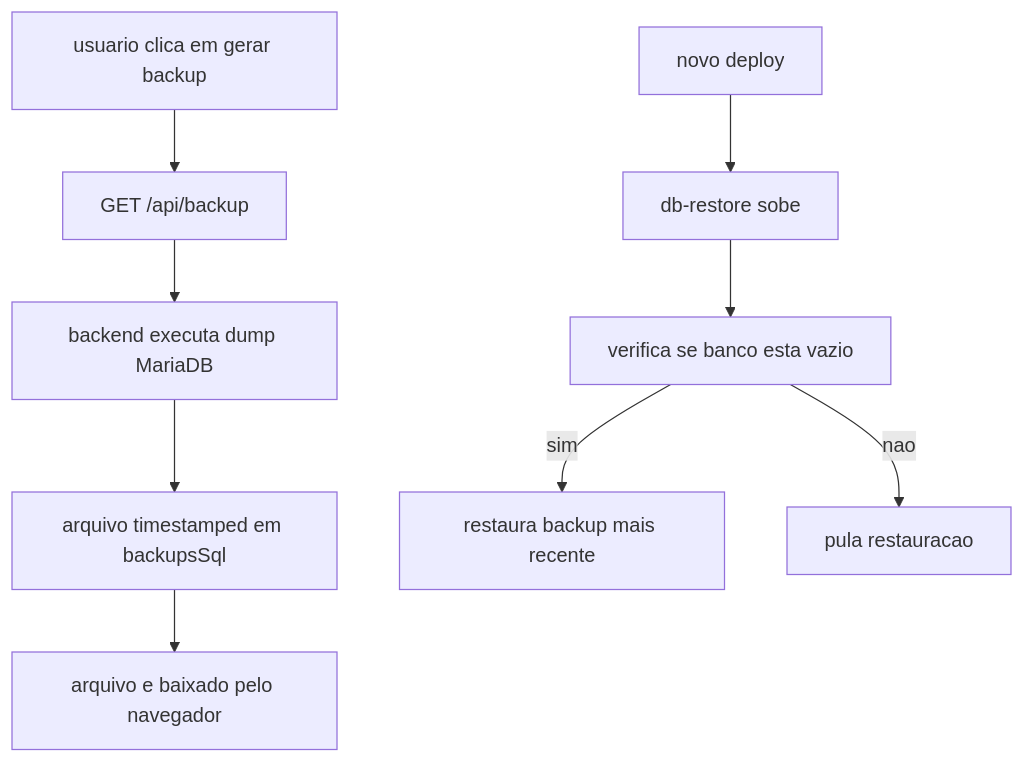
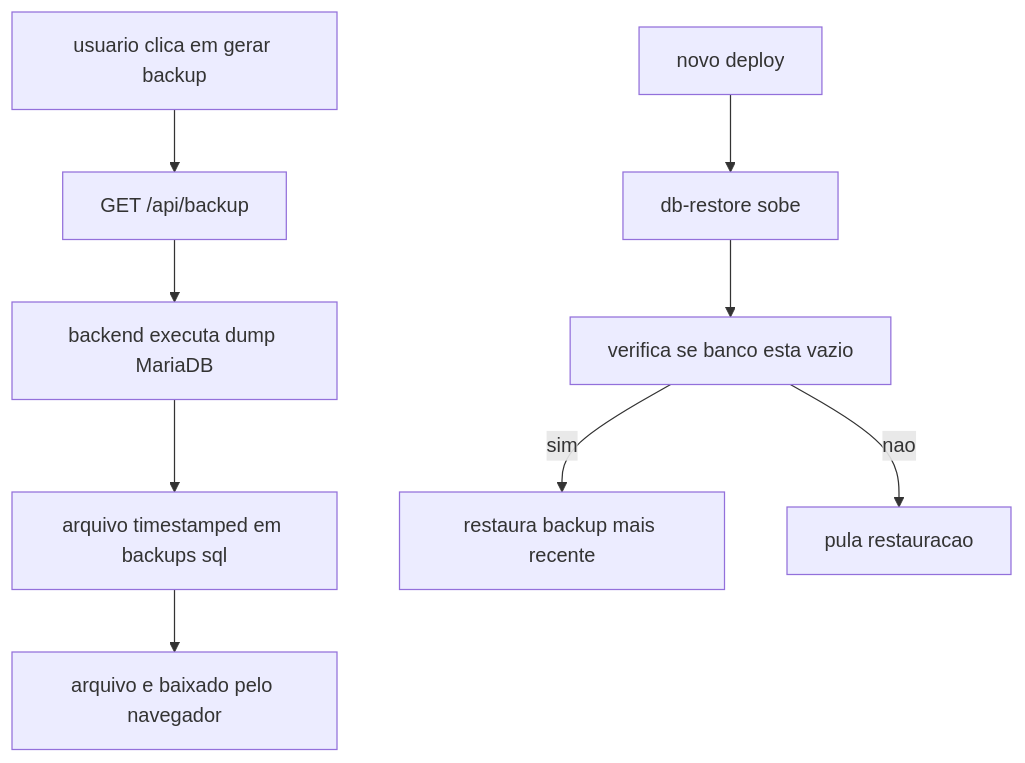
One commit to renansc/NanotechSoft changed the eighth of 9 diagrams in apps/riob/source/docs/ARQUITETURA_SISTEMA.md. Above: the diagram before and after it, drawn with Mermaid. The commit also changed other lines of this file and 188 other files, not shown here.

````diff
--- a/apps/riob/source/docs/ARQUITETURA_SISTEMA.md
+++ b/apps/riob/source/docs/ARQUITETURA_SISTEMA.md
@@ -745,12 +691,12 @@
 ```mermaid
 flowchart TD
     A[usuario clica em gerar backup] --> B[GET /api/backup]
     B --> C[backend executa dump MariaDB]
-    C --> D[arquivo timestamped em backupsSql]
+    C --> D[arquivo timestamped em backups sql]
     D --> E[arquivo e baixado pelo navegador]
 
     F[novo deploy] --> G[db-restore sobe]
     G --> H[verifica se banco esta vazio]
     H -->|sim| I[restaura backup mais recente]
     H -->|nao| J[pula restauracao]
 ```
````
